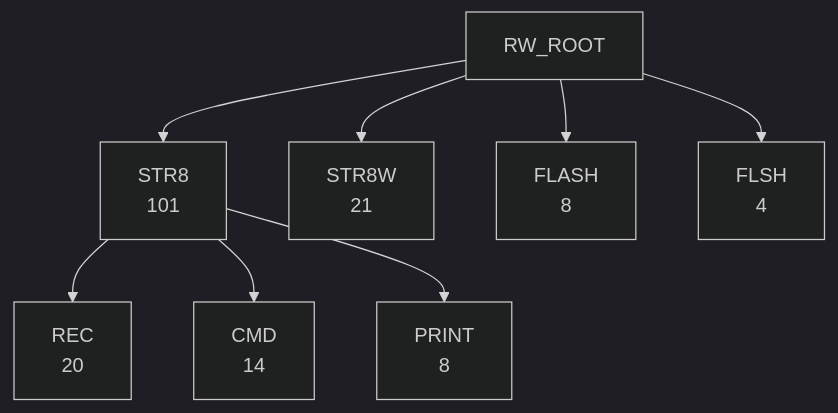
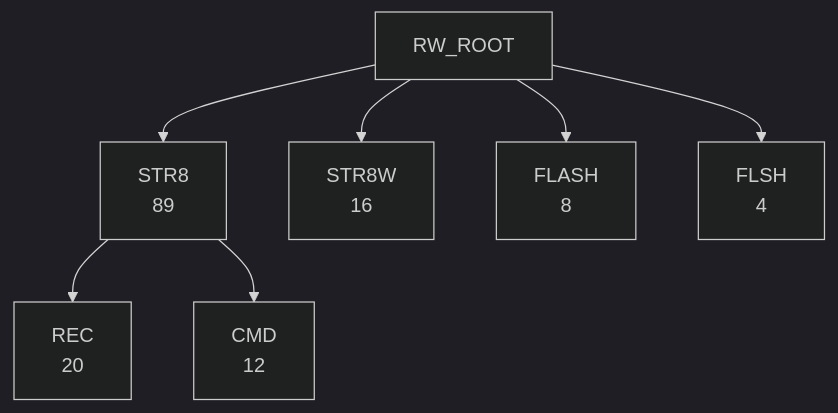
Before and after one commit to 95westus/R-YORS: the fifth of 6 diagrams in DOC/GENERATED/ROUTINE_WORD_TREE.md, drawn with Mermaid (dark theme). The commit also changed other lines of this file and 35 other files, not shown here.

````diff
--- a/DOC/GENERATED/ROUTINE_WORD_TREE.md
+++ b/DOC/GENERATED/ROUTINE_WORD_TREE.md
@@ -77,10 +78,9 @@
 ```mermaid
 flowchart TD
-    RW_ROOT --> RW_STR8["STR8<br/>101"]
-    RW_ROOT --> RW_STR8W["STR8W<br/>21"]
+    RW_ROOT --> RW_STR8["STR8<br/>89"]
+    RW_ROOT --> RW_STR8W["STR8W<br/>16"]
     RW_ROOT --> RW_FLASH["FLASH<br/>8"]
     RW_ROOT --> RW_FLSH["FLSH<br/>4"]
     RW_STR8 --> RW_STR8_REC["REC<br/>20"]
-    RW_STR8 --> RW_STR8_CMD["CMD<br/>14"]
-    RW_STR8 --> RW_STR8_PRINT["PRINT<br/>8"]
+    RW_STR8 --> RW_STR8_CMD["CMD<br/>12"]
 ```
````
